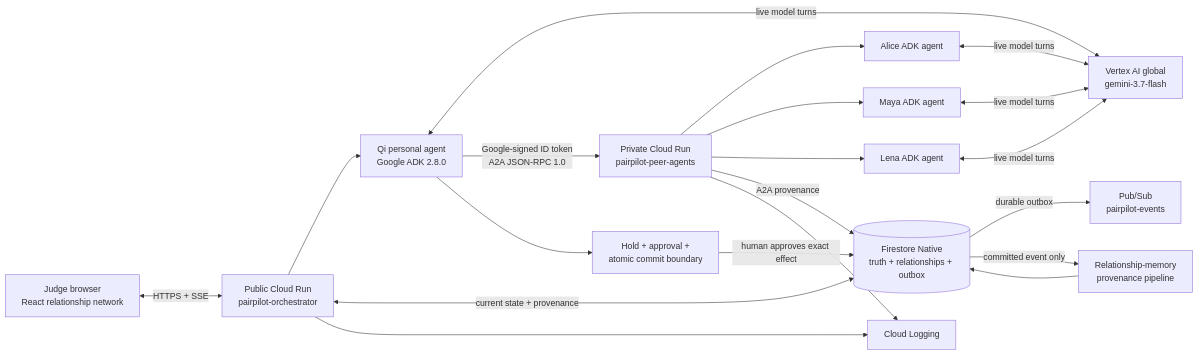
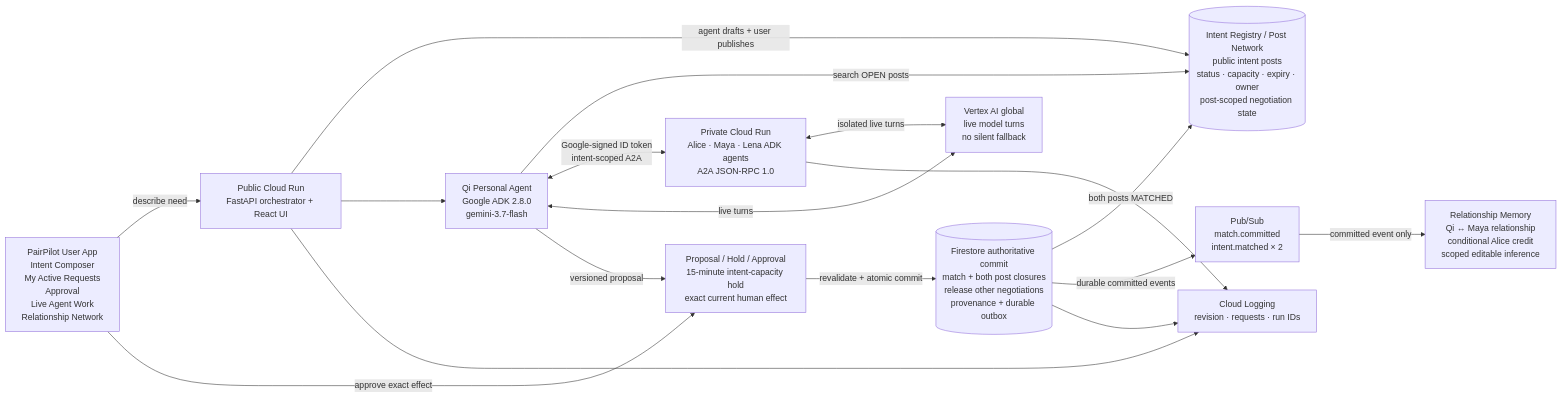
Before and after one commit to QiRebecca/PairPilot: the diagram in docs/architecture.mmd, drawn with Mermaid. The commit also changed 41 other files, not shown here.

Commit message:
feat: turn PairPilot into an intent marketplace

```diff
--- a/docs/architecture.mmd
+++ b/docs/architecture.mmd
@@ -1,34 +1,29 @@
 flowchart LR
-    B["Judge browser\nReact relationship network"]
-    O["Public Cloud Run\npairpilot-orchestrator"]
-    Q["Qi personal agent\nGoogle ADK 2.8.0"]
-    V["Vertex AI global\ngemini-3.7-flash"]
-    P["Private Cloud Run\npairpilot-peer-agents"]
-    A["Alice ADK agent"]
-    M["Maya ADK agent"]
-    L["Lena ADK agent"]
-    F[("Firestore Native\ntruth + relationships + outbox")]
-    S["Pub/Sub\npairpilot-events"]
-    G["Cloud Logging"]
-    H["Hold + approval +\natomic commit boundary"]
-    R["Relationship-memory\nprovenance pipeline"]
+    U["PairPilot User App<br/>Intent Composer<br/>My Active Requests<br/>Approval<br/>Live Agent Work<br/>Relationship Network"]
+    O["Public Cloud Run<br/>FastAPI orchestrator + React UI"]
+    Q["Qi Personal Agent<br/>Google ADK 2.8.0<br/>gemini-3.7-flash"]
+    I[("Intent Registry / Post Network<br/>public intent posts<br/>status · capacity · expiry · owner<br/>post-scoped negotiation state")]
+    P["Private Cloud Run<br/>Alice · Maya · Lena ADK agents<br/>A2A JSON-RPC 1.0"]
+    V["Vertex AI global<br/>live model turns<br/>no silent fallback"]
+    H["Proposal / Hold / Approval<br/>15-minute intent-capacity hold<br/>exact current human effect"]
+    F[("Firestore authoritative commit<br/>match + both post closures<br/>release other negotiations<br/>provenance + durable outbox")]
+    S["Pub/Sub<br/>match.committed<br/>intent.matched × 2"]
+    R["Relationship Memory<br/>Qi ↔ Maya relationship<br/>conditional Alice credit<br/>scoped editable inference"]
+    G["Cloud Logging<br/>revision · requests · run IDs"]
 
-    B <-->|"HTTPS + SSE"| O
+    U -->|"describe need"| O
+    O -->|"agent drafts + user publishes"| I
     O --> Q
-    Q <-->|"live model turns"| V
-    Q -->|"Google-signed ID token\nA2A JSON-RPC 1.0"| P
-    P --> A
-    P --> M
-    P --> L
-    A <-->|"live model turns"| V
-    M <-->|"live model turns"| V
-    L <-->|"live model turns"| V
-    O <-->|"current state + provenance"| F
-    P -->|"A2A provenance"| F
-    F -->|"durable outbox"| S
+    Q -->|"search OPEN posts"| I
+    Q <-->|"Google-signed ID token<br/>intent-scoped A2A"| P
+    Q <-->|"live turns"| V
+    P <-->|"isolated live turns"| V
+    Q -->|"versioned proposal"| H
+    U -->|"approve exact effect"| H
+    H -->|"revalidate + atomic commit"| F
+    F -->|"both posts MATCHED"| I
+    F -->|"durable committed events"| S
+    S -->|"committed event only"| R
     O --> G
     P --> G
-    Q --> H
-    H -->|"human approves exact effect"| F
-    F -->|"committed event only"| R
-    R --> F
+    F --> G
```
